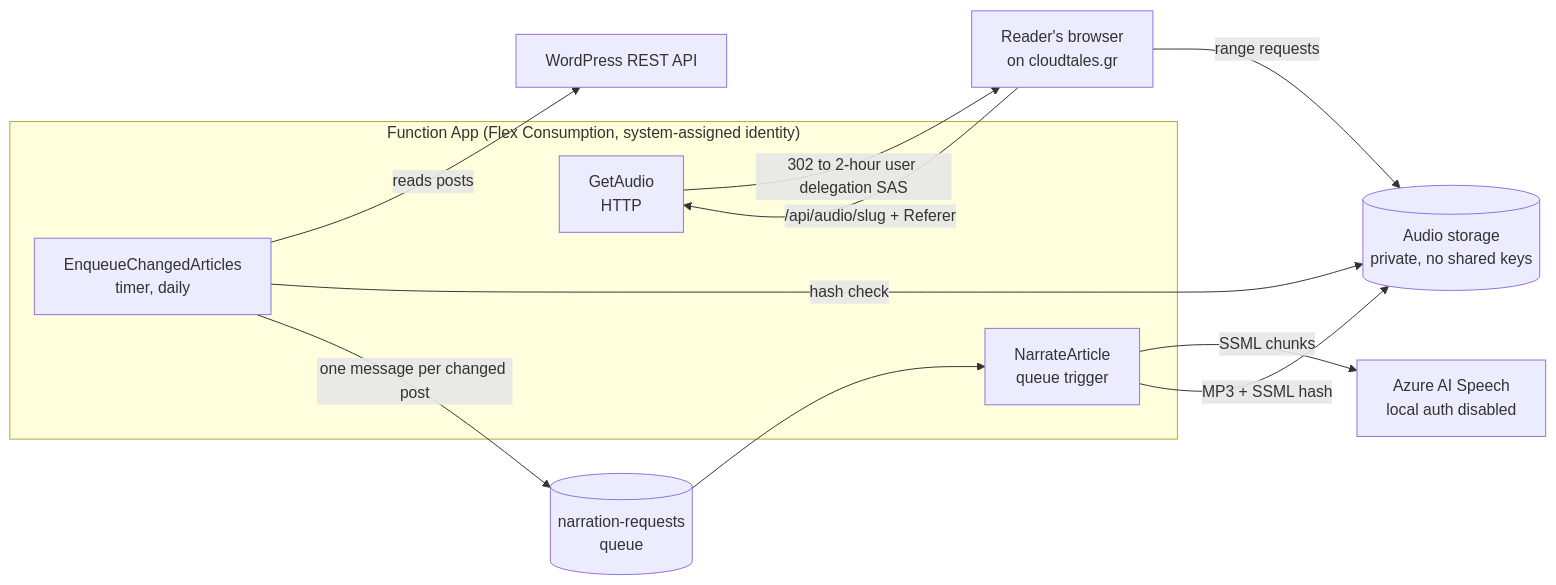
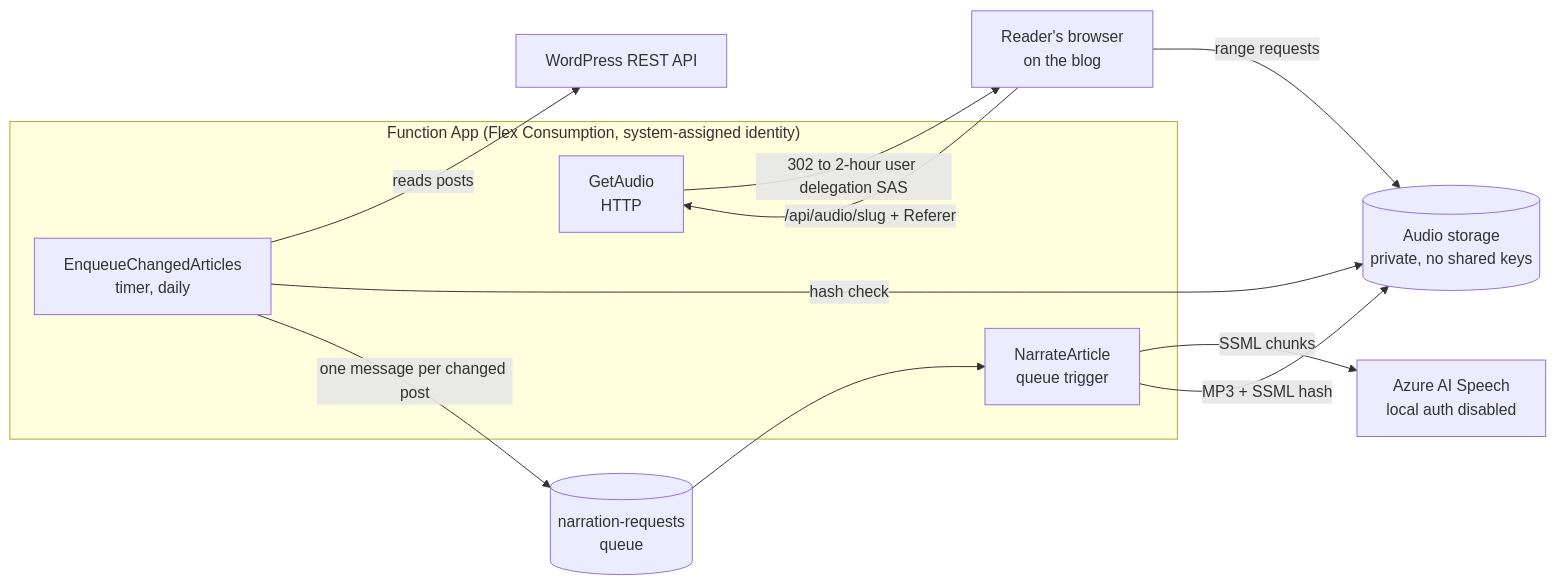
The diagram in README.md (cloudtales-gr/cloudtales-narrator), drawn with Mermaid before and after one commit. The commit also changed other lines of this file and 7 other files, not shown here.

````diff
--- a/README.md
+++ b/README.md
@@ -9,23 +9,23 @@
 ```mermaid
 flowchart LR
     WP["WordPress REST API"]
     subgraph FA["Function App (Flex Consumption, system-assigned identity)"]
         T["EnqueueChangedArticles<br/>timer, daily"]
         N["NarrateArticle<br/>queue trigger"]
         G["GetAudio<br/>HTTP"]
     end
     Q[("narration-requests<br/>queue")]
     S["Azure AI Speech<br/>local auth disabled"]
     B[("Audio storage<br/>private, no shared keys")]
-    R["Reader's browser<br/>on cloudtales.gr"]
+    R["Reader's browser<br/>on the blog"]
 
     T -->|"reads posts"| WP
     T -->|"hash check"| B
     T -->|"one message per changed post"| Q
     Q --> N
     N -->|"SSML chunks"| S
     N -->|"MP3 + SSML hash"| B
     R -->|"/api/audio/slug + Referer"| G
     G -->|"302 to 2-hour user delegation SAS"| R
     R -->|"range requests"| B
 ```
````
